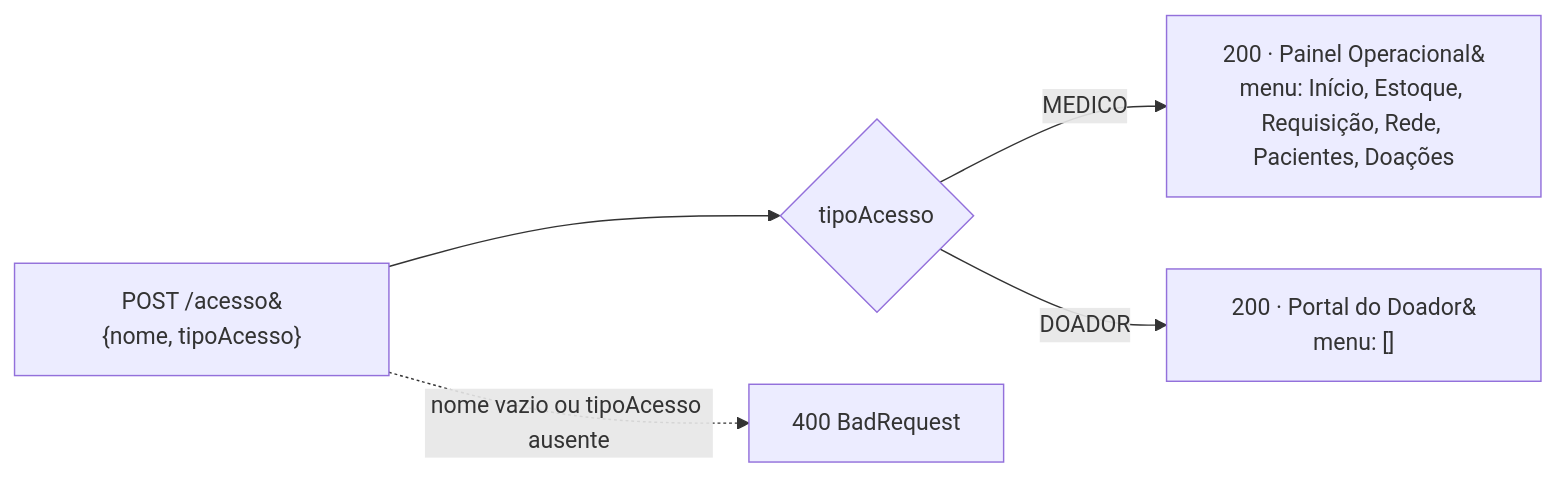
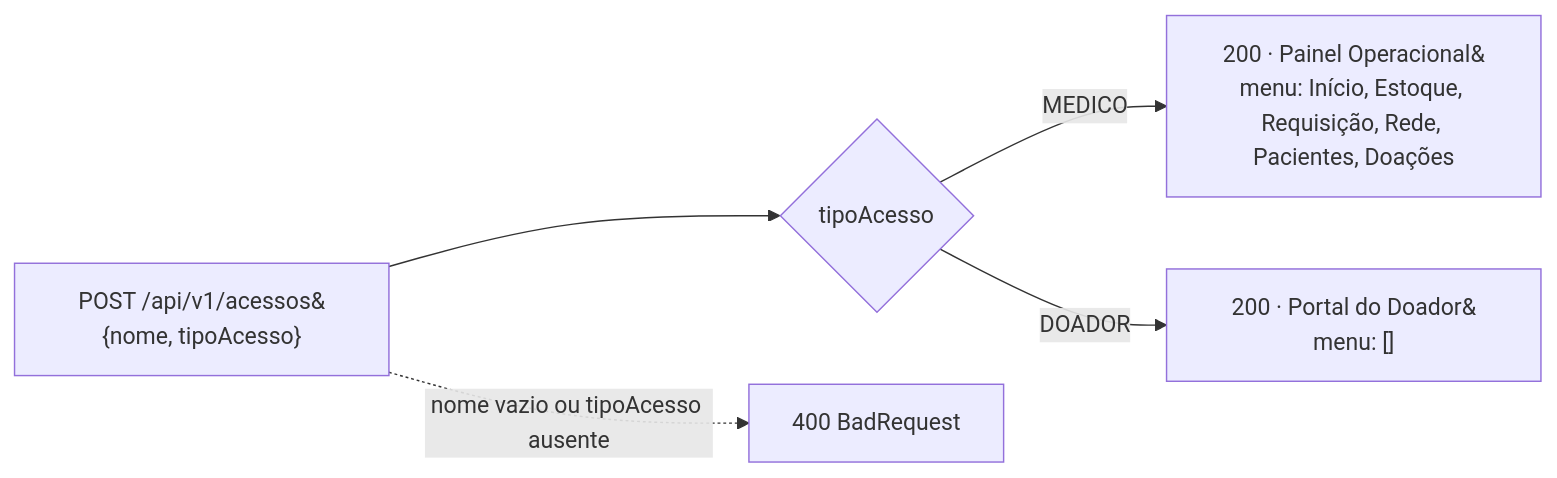
One commit to viictorpaes/Rotavital changed the third of 4 diagrams in docs/CONTRATOS_DE_API.md. Above: the diagram before and after it, drawn with Mermaid. The commit also changed other lines of this file and 18 other files, not shown here.

````diff
--- a/docs/CONTRATOS_DE_API.md
+++ b/docs/CONTRATOS_DE_API.md
@@ -115,7 +270,7 @@
 ```mermaid
 flowchart LR
-    R["POST /acesso&#10;{nome, tipoAcesso}"] --> V{tipoAcesso}
+    R["POST /api/v1/acessos&#10;{nome, tipoAcesso}"] --> V{tipoAcesso}
     V -- MEDICO --> M["200 · Painel Operacional&#10;menu: Início, Estoque, Requisição, Rede, Pacientes, Doações"]
     V -- DOADOR --> D["200 · Portal do Doador&#10;menu: []"]
     R -. "nome vazio ou tipoAcesso ausente" .-> E["400 BadRequest"]
 ```
````
